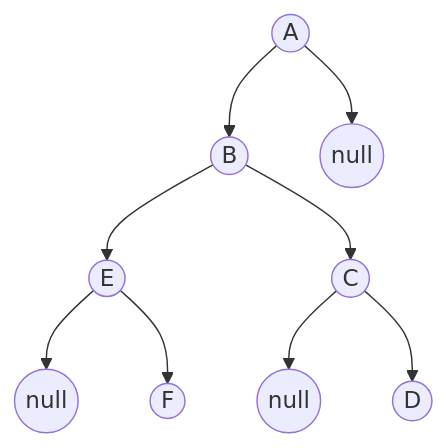
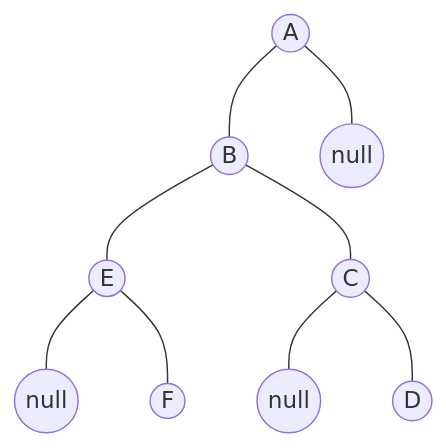
One commit to mujin-lin/mujin-blog changed diagram 17 of 26 in docs/10.软考/10.软件设计师/10.数据结构与算法/15.树.md. Above: the diagram before and after it, drawn with Mermaid. The commit also changed other lines of this file and 2 other files, not shown here.

Commit message:
整理树的文章，增加图的文章内容

````diff
--- a/docs/10.软考/10.软件设计师/10.数据结构与算法/15.树.md
+++ b/docs/10.软考/10.软件设计师/10.数据结构与算法/15.树.md
@@ -901,12 +907,12 @@
-```mermaid
-graph TD
-    A3((A)) --> B3((B))
-    A3((A)) --> null0((null))
-    B3 --> E3((E))
-    B3 --> C3((C))
-    C3 --> null1((null))
-    C3 --> D3((D))
-    E3 --> null((null))
-    E3 --> F3((F))
-    
-```
+      ```mermaid
+      graph TD
+          A3((A)) --- B3((B))
+          A3((A)) --- null0((null))
+          B3 --- E3((E))
+          B3 --- C3((C))
+          C3 --- null1((null))
+          C3 --- D3((D))
+          E3 --- null((null))
+          E3 --- F3((F))
+        
+      ```
````
